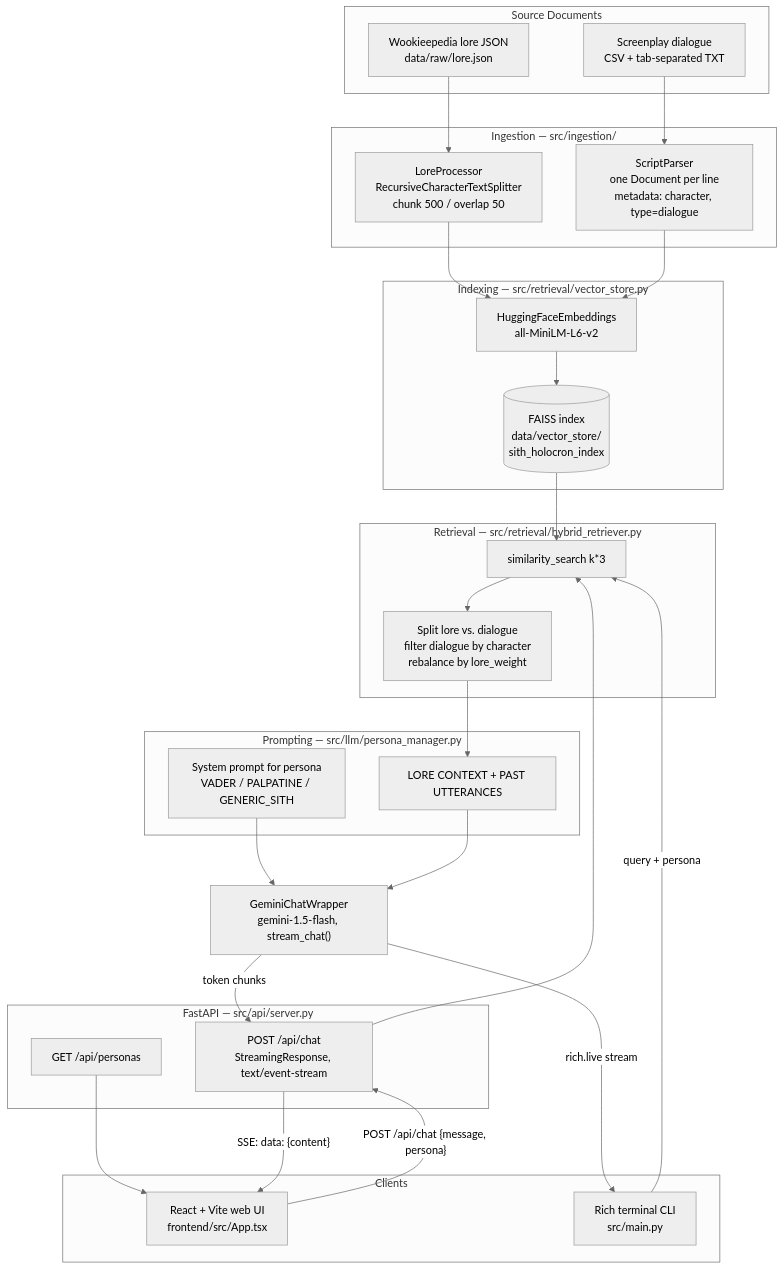
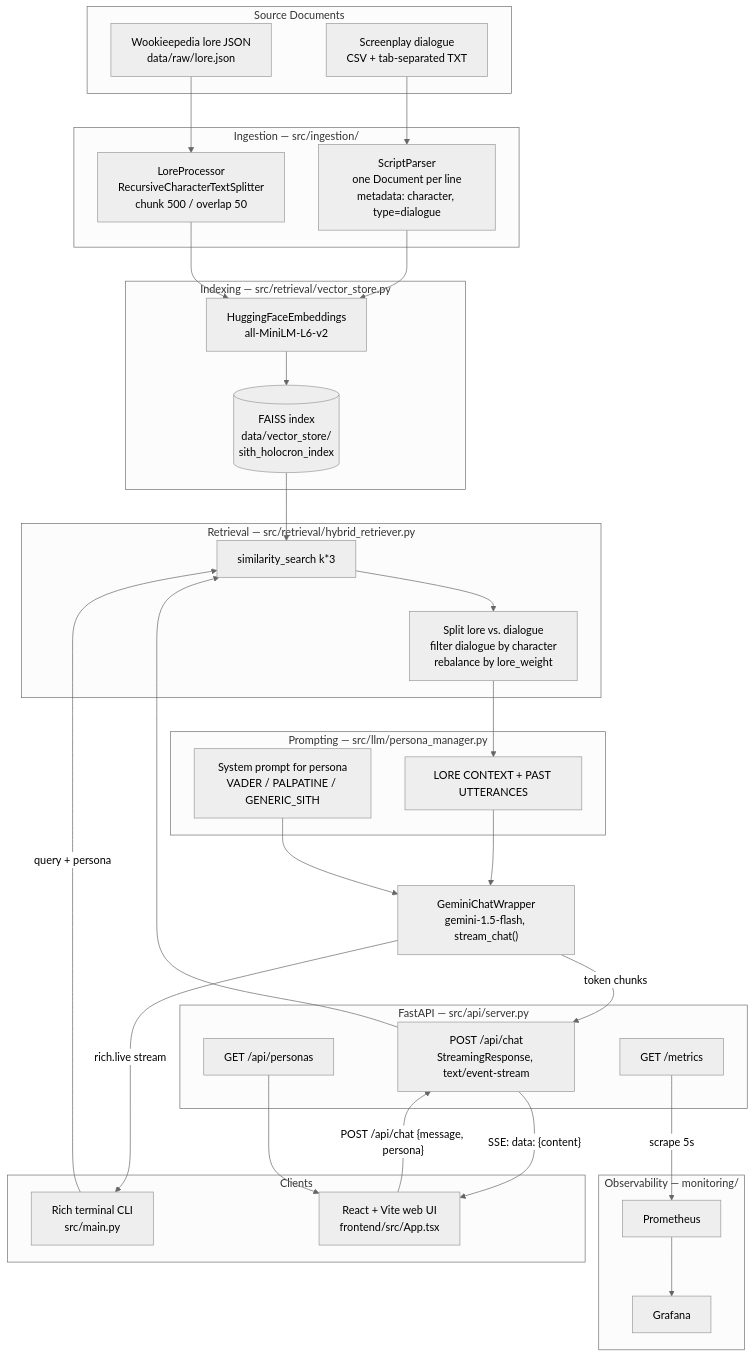
One commit to thompgt/Sith_Holocron changed the diagram in README.md. Above: the diagram before and after it, drawn with Mermaid (neutral theme). The commit also changed other lines of this file, not shown here.

````diff
--- a/README.md
+++ b/README.md
@@ -71,56 +140,64 @@
 ```mermaid
 flowchart TD
     subgraph Sources["Source Documents"]
         A1["Wookieepedia lore JSON<br/>data/raw/lore.json"]
         A2["Screenplay dialogue<br/>CSV + tab-separated TXT"]
     end
 
     subgraph Ingest["Ingestion — src/ingestion/"]
         B1["LoreProcessor<br/>RecursiveCharacterTextSplitter<br/>chunk 500 / overlap 50"]
         B2["ScriptParser<br/>one Document per line<br/>metadata: character, type=dialogue"]
     end
 
     subgraph Index["Indexing — src/retrieval/vector_store.py"]
         C1["HuggingFaceEmbeddings<br/>all-MiniLM-L6-v2"]
         C2[("FAISS index<br/>data/vector_store/<br/>sith_holocron_index")]
     end
 
     subgraph Retrieve["Retrieval — src/retrieval/hybrid_retriever.py"]
         D1["similarity_search k*3"]
         D2["Split lore vs. dialogue<br/>filter dialogue by character<br/>rebalance by lore_weight"]
     end
 
     subgraph Prompt["Prompting — src/llm/persona_manager.py"]
         E1["System prompt for persona<br/>VADER / PALPATINE / GENERIC_SITH"]
         E2["LORE CONTEXT + PAST UTTERANCES"]
     end
 
     F["GeminiChatWrapper<br/>gemini-1.5-flash, stream_chat()"]
 
     subgraph API["FastAPI — src/api/server.py"]
         G1["GET /api/personas"]
         G2["POST /api/chat<br/>StreamingResponse, text/event-stream"]
+        G3["GET /metrics"]
     end
 
     subgraph UI["Clients"]
         H1["React + Vite web UI<br/>frontend/src/App.tsx"]
         H2["Rich terminal CLI<br/>src/main.py"]
+    end
+
+    subgraph Obs["Observability — monitoring/"]
+        I1["Prometheus"]
+        I2["Grafana"]
     end
 
     A1 --> B1 --> C1
     A2 --> B2 --> C1
     C1 --> C2
 
     H1 -- "POST /api/chat {message, persona}" --> G2
     G2 --> D1
     C2 --> D1
     D1 --> D2 --> E2
     E1 --> F
     E2 --> F
     F -- "token chunks" --> G2
     G2 -- "SSE: data: {content}" --> H1
     G1 --> H1
 
     H2 -- "query + persona" --> D1
     F -- "rich.live stream" --> H2
+
+    G3 -- "scrape 5s" --> I1 --> I2
 ```
````
